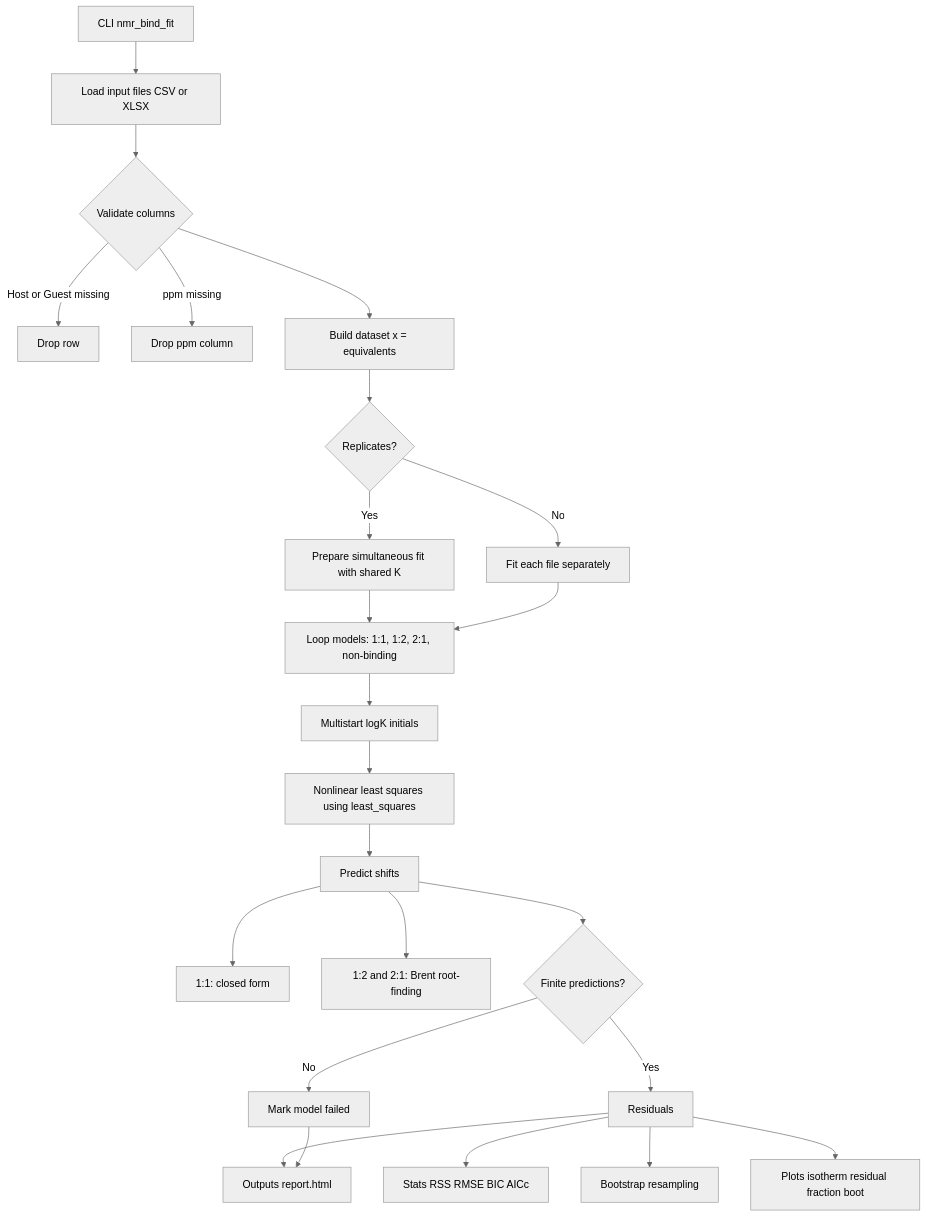
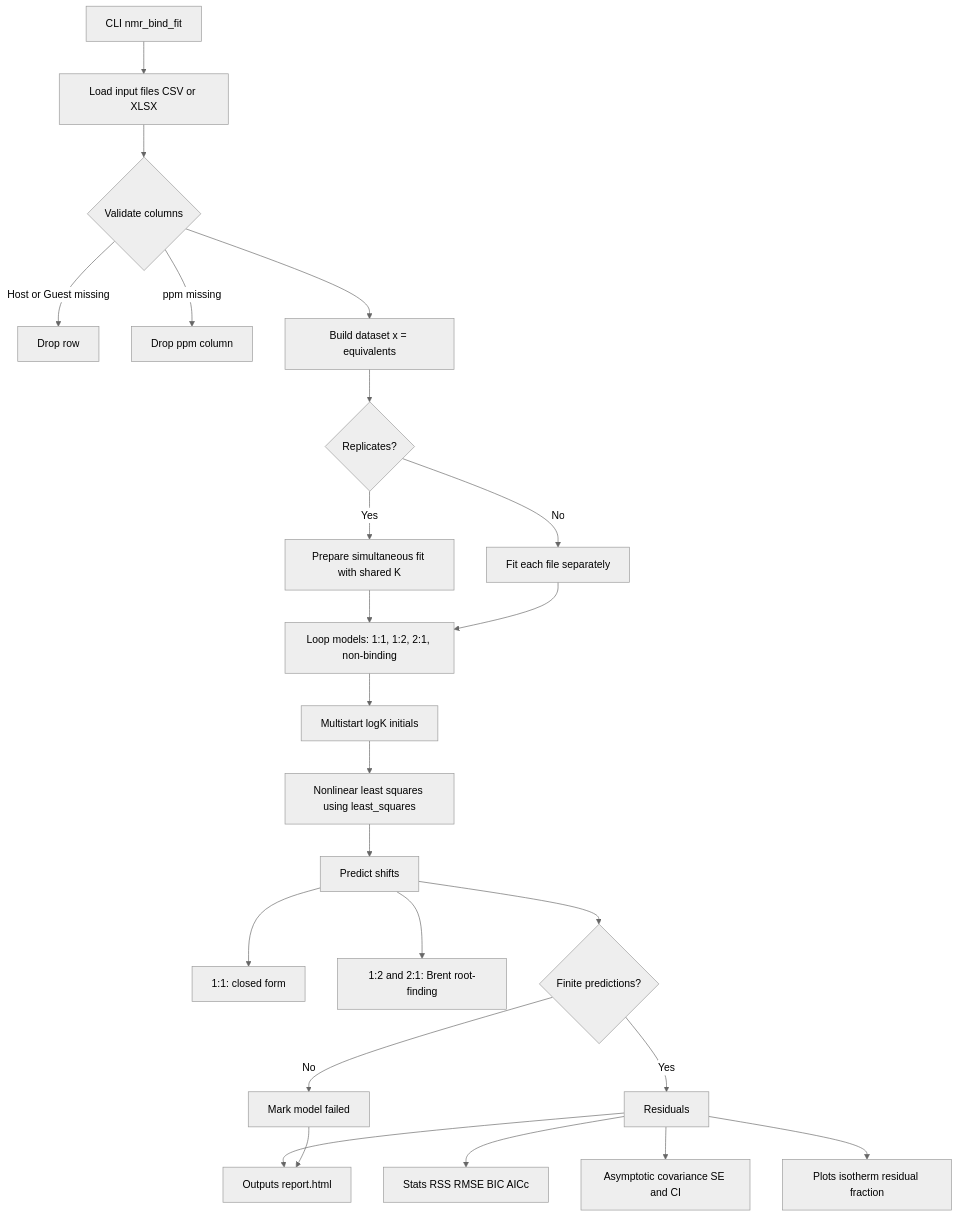
The diagram in README.md (dhsohn/nmr_bind_fit), drawn with Mermaid (neutral theme) before and after one commit. The commit also changed other lines of this file and 20 other files, not shown here.

````diff
--- a/README.md
+++ b/README.md
@@ -130,31 +120,31 @@
 ```mermaid
 flowchart TD
     A[CLI nmr_bind_fit] --> B[Load input files CSV or XLSX]
     B --> C{Validate columns}
     C -->|Host or Guest missing| C1[Drop row]
     C -->|ppm missing| C2[Drop ppm column]
     C --> D[Build dataset x = equivalents]
 
     D --> E{Replicates?}
     E -->|Yes| F[Prepare simultaneous fit with shared K]
     E -->|No| G[Fit each file separately]
 
     F --> H[Loop models: 1:1, 1:2, 2:1, non-binding]
     G --> H
 
     H --> I[Multistart logK initials]
     I --> J[Nonlinear least squares using least_squares]
     J --> K[Predict shifts]
     K --> K1[1:1: closed form]
     K --> K2[1:2 and 2:1: Brent root-finding]
     K --> L{Finite predictions?}
     L -->|No| L1[Mark model failed]
     L -->|Yes| M[Residuals]
 
     M --> N[Stats RSS RMSE BIC AICc]
-    M --> O[Bootstrap resampling]
-    M --> P[Plots isotherm residual fraction boot]
+    M --> O[Asymptotic covariance SE and CI]
+    M --> P[Plots isotherm residual fraction]
     M --> Q[Outputs report.html]
 
     L1 --> Q
 ```
````
